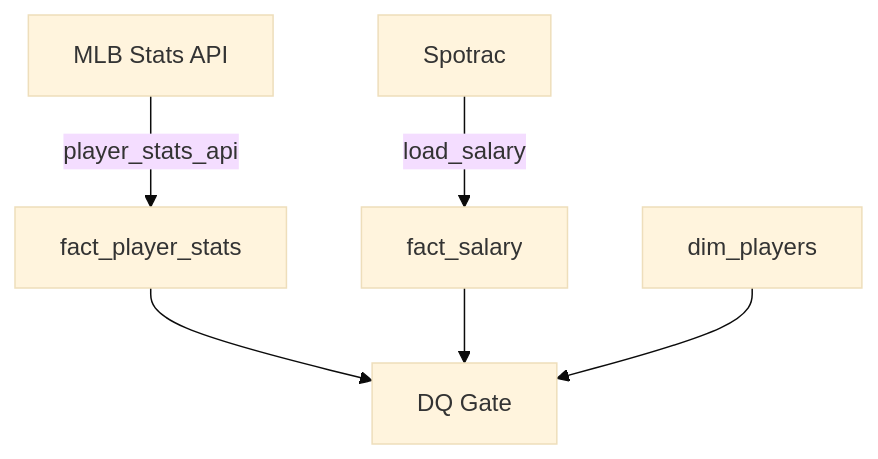
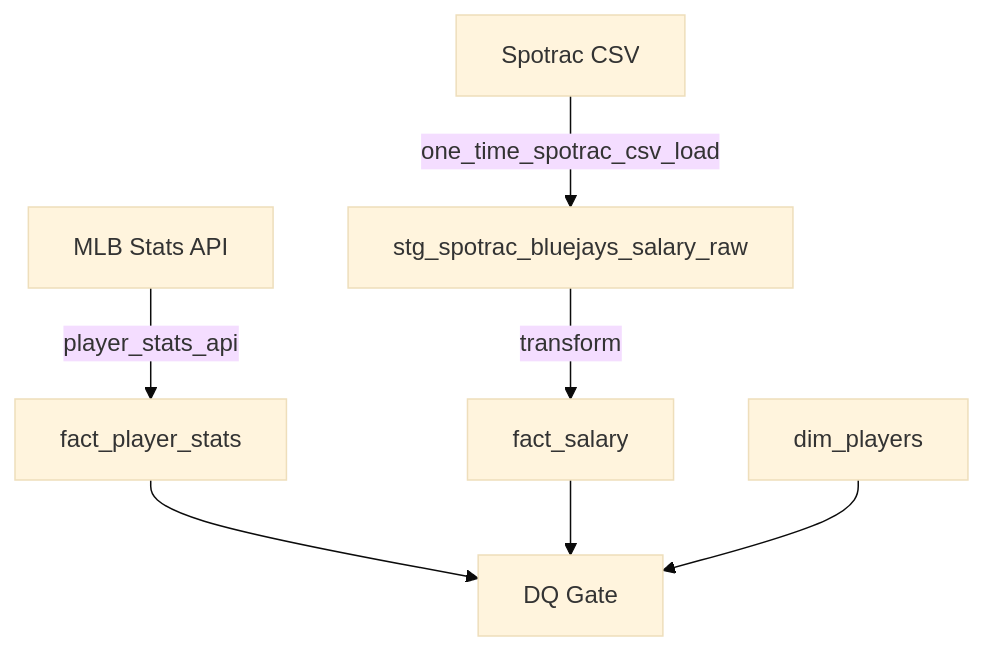
One commit to sukminc/bluejays-financial-mlops changed the diagram in README.md. Above: the diagram before and after it, drawn with Mermaid (base theme). The commit also changed other lines of this file, not shown here.

````diff
--- a/README.md
+++ b/README.md
@@ -42,9 +82,10 @@
 ```mermaid
 graph TD
     A[MLB Stats API] -->|player_stats_api| B[fact_player_stats]
-    C[Spotrac] -->|load_salary| D[fact_salary]
+    C[Spotrac CSV] -->|one_time_spotrac_csv_load| R[stg_spotrac_bluejays_salary_raw]
+    R -->|transform| D[fact_salary]
     
     B --> E[DQ Gate]
     D --> E
     F[dim_players] --> E
 ```
````
